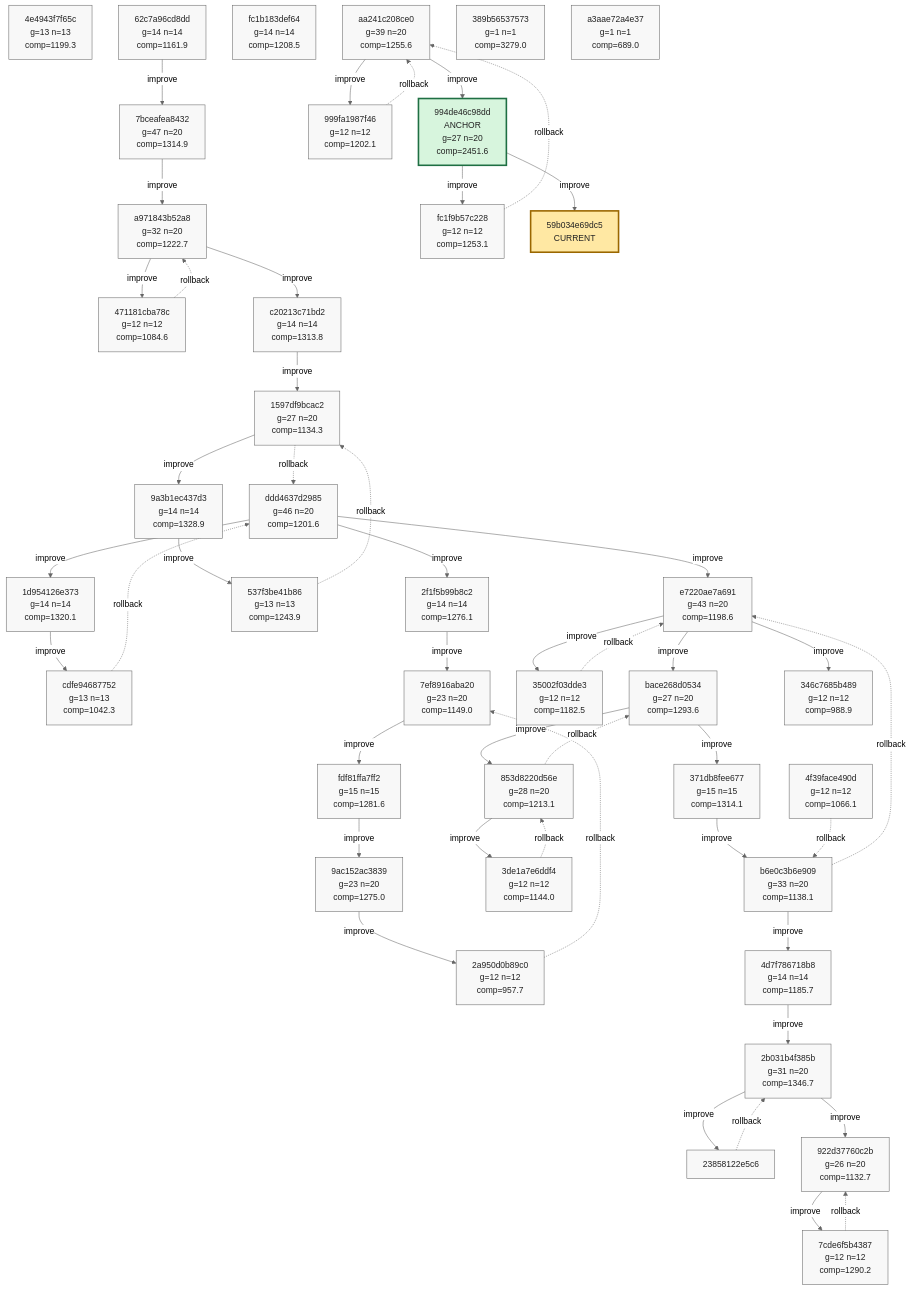
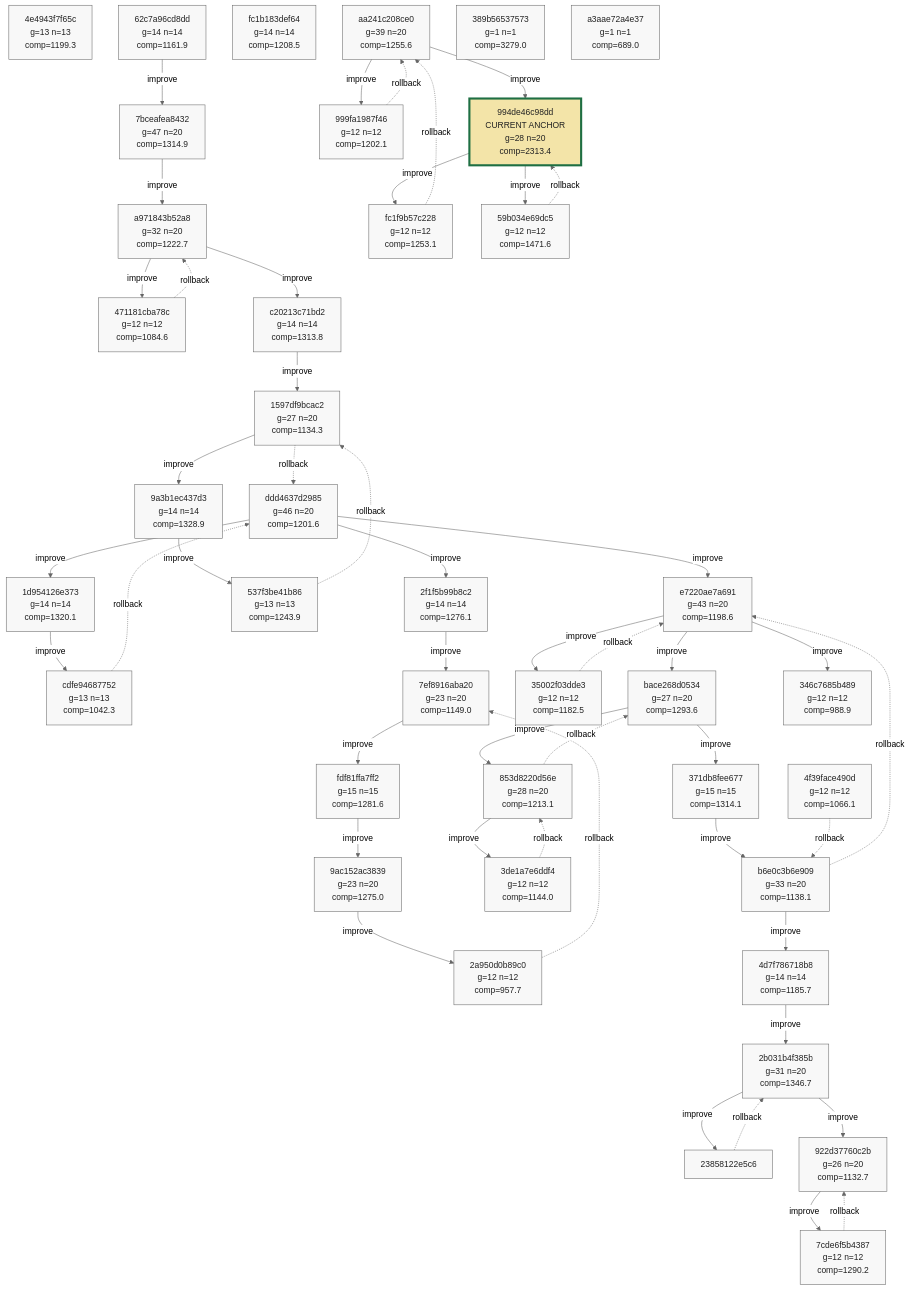
The ninth of 9 diagrams in phyrogenetic-tree.md (azumag/soviet_now), drawn with Mermaid (neutral theme) before and after one commit. The commit also changed other lines of this file and 2 other files, not shown here.

````diff
--- a/phyrogenetic-tree.md
+++ b/phyrogenetic-tree.md
@@ -2278,11 +2279,11 @@
     h_346c7685b489["346c7685b489<br/>g=12 n=12<br/>comp=988.9"]
     h_aa241c208ce0["aa241c208ce0<br/>g=39 n=20<br/>comp=1255.6"]
     h_999fa1987f46["999fa1987f46<br/>g=12 n=12<br/>comp=1202.1"]
-    h_994de46c98dd["994de46c98dd<br/>ANCHOR<br/>g=27 n=20<br/>comp=2451.6"]
+    h_994de46c98dd["994de46c98dd<br/>CURRENT ANCHOR<br/>g=28 n=20<br/>comp=2313.4"]
     h_fc1f9b57c228["fc1f9b57c228<br/>g=12 n=12<br/>comp=1253.1"]
+    h_59b034e69dc5["59b034e69dc5<br/>g=12 n=12<br/>comp=1471.6"]
     h_389b56537573["389b56537573<br/>g=1 n=1<br/>comp=3279.0"]
     h_a3aae72a4e37["a3aae72a4e37<br/>g=1 n=1<br/>comp=689.0"]
-    h_59b034e69dc5["59b034e69dc5<br/>CURRENT"]
 
     h_ddd4637d2985 -->|improve| h_1d954126e373
     h_1d954126e373 -->|improve| h_cdfe94687752
@@ -2329,6 +2330,7 @@
     h_994de46c98dd -->|improve| h_fc1f9b57c228
     h_fc1f9b57c228 -. rollback .-> h_aa241c208ce0
     h_994de46c98dd -->|improve| h_59b034e69dc5
+    h_59b034e69dc5 -. rollback .-> h_994de46c98dd
 
     classDef plain fill:#f8f8f8,stroke:#666,stroke-width:1px,color:#222;
     classDef current fill:#ffe8a3,stroke:#9a6700,stroke-width:3px,color:#222;
@@ -2369,9 +2371,9 @@
     class h_346c7685b489 plain;
     class h_aa241c208ce0 plain;
     class h_999fa1987f46 plain;
-    class h_994de46c98dd anchor;
+    class h_994de46c98dd current_anchor;
     class h_fc1f9b57c228 plain;
+    class h_59b034e69dc5 plain;
     class h_389b56537573 plain;
     class h_a3aae72a4e37 plain;
-    class h_59b034e69dc5 current;
 ```
````
